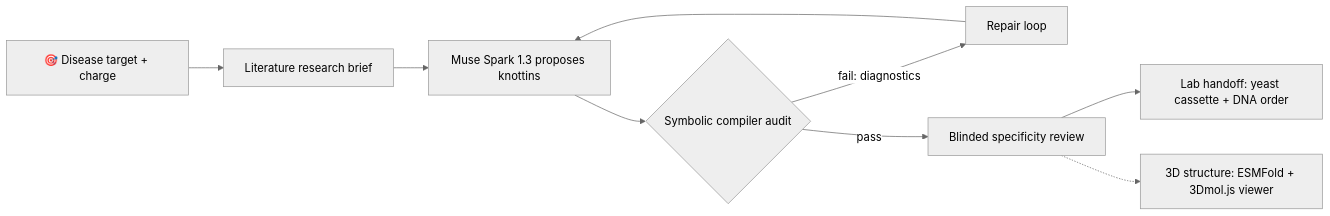
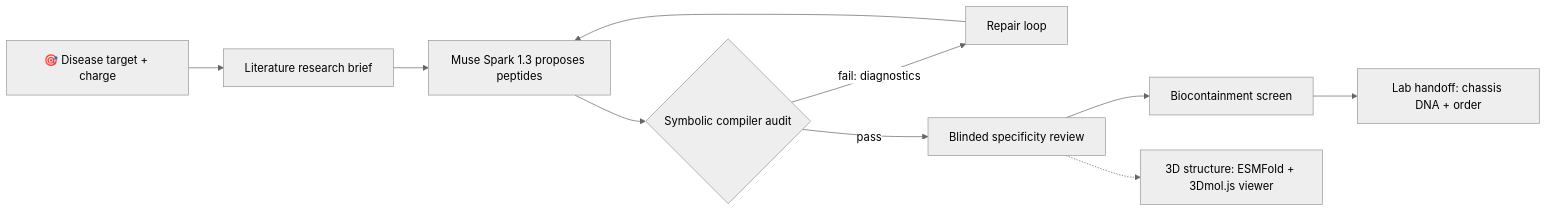
One commit to henryweimd/cozy-peptide changed the diagram in README.md. Above: the diagram before and after it, drawn with Mermaid (neutral theme). The commit also changed other lines of this file and 36 other files, not shown here.

First line of the commit message:
feat: seven scaffolds, four chassis, biocontainment, ledger trail

````diff
--- a/README.md
+++ b/README.md
@@ -162,11 +164,12 @@
 ```mermaid
 flowchart LR
     A["🎯 Disease target + charge"] --> R["Literature research brief"]
-    R --> B["Muse Spark 1.3 proposes knottins"]
+    R --> B["Muse Spark 1.3 proposes peptides"]
     B --> C{"Symbolic compiler audit"}
     C -->|"fail: diagnostics"| D["Repair loop"]
     D --> B
     C -->|"pass"| S["Blinded specificity review"]
-    S --> E["Lab handoff: yeast cassette + DNA order"]
+    S --> N["Biocontainment screen"]
+    N --> E["Lab handoff: chassis DNA + order"]
     S -.-> F["3D structure: ESMFold + 3Dmol.js viewer"]
 ```
````
